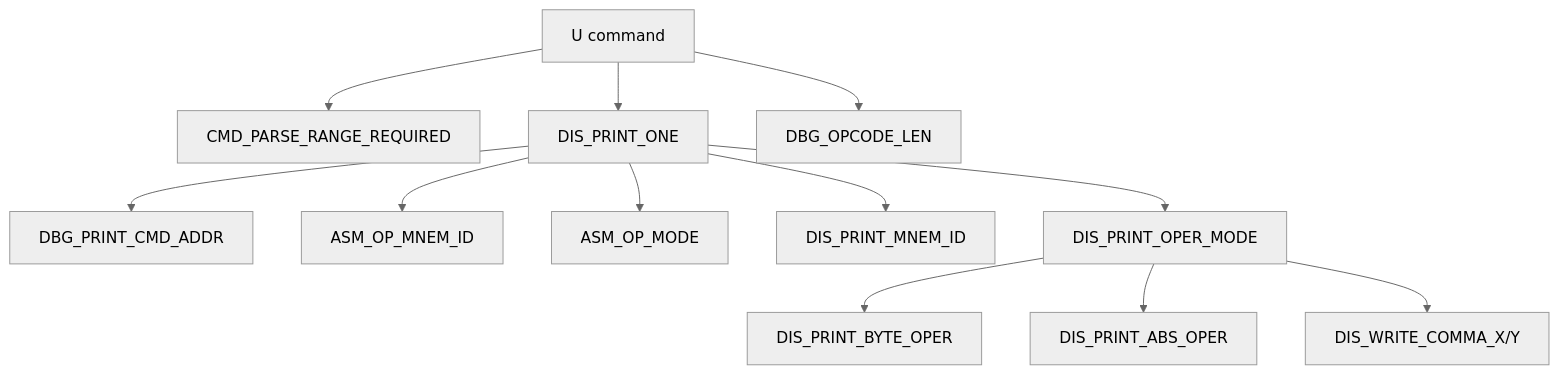
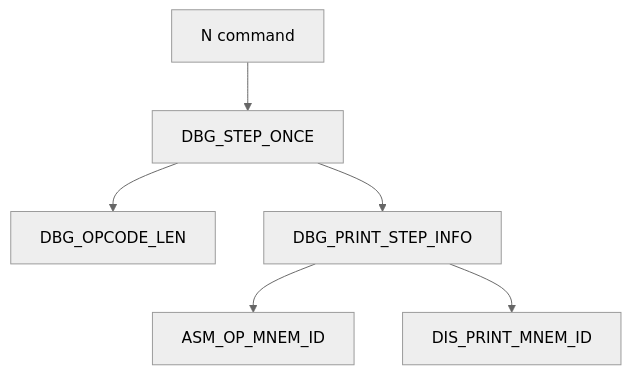
The sixth of 7 diagrams in DOC/GUIDES/HIMON/HIMON_MAP.md (95westus/R-YORS), drawn with Mermaid (neutral theme) before and after one commit. The commit also changed other lines of this file and 4 other files, not shown here.

````diff
--- a/DOC/GUIDES/HIMON/HIMON_MAP.md
+++ b/DOC/GUIDES/HIMON/HIMON_MAP.md
@@ -230,14 +227,8 @@
 ```mermaid
 flowchart TD
-    CMD_U[U command] --> RANGE[CMD_PARSE_RANGE_REQUIRED]
-    CMD_U --> ONE[DIS_PRINT_ONE]
-    ONE --> ADDR[DBG_PRINT_CMD_ADDR]
-    ONE --> MNEMID[ASM_OP_MNEM_ID]
-    ONE --> MODE[ASM_OP_MODE]
-    ONE --> PMNEM[DIS_PRINT_MNEM_ID]
-    ONE --> POPER[DIS_PRINT_OPER_MODE]
-    POPER --> BYTE[DIS_PRINT_BYTE_OPER]
-    POPER --> ABS[DIS_PRINT_ABS_OPER]
-    POPER --> SUFFIX[DIS_WRITE_COMMA_X/Y]
-    CMD_U --> LEN[DBG_OPCODE_LEN]
+    CMD_N[N command] --> STEP[DBG_STEP_ONCE]
+    STEP --> LEN[DBG_OPCODE_LEN]
+    STEP --> INFO[DBG_PRINT_STEP_INFO]
+    INFO --> MNEMID[ASM_OP_MNEM_ID]
+    INFO --> PMNEM[DIS_PRINT_MNEM_ID]
 ```
````
